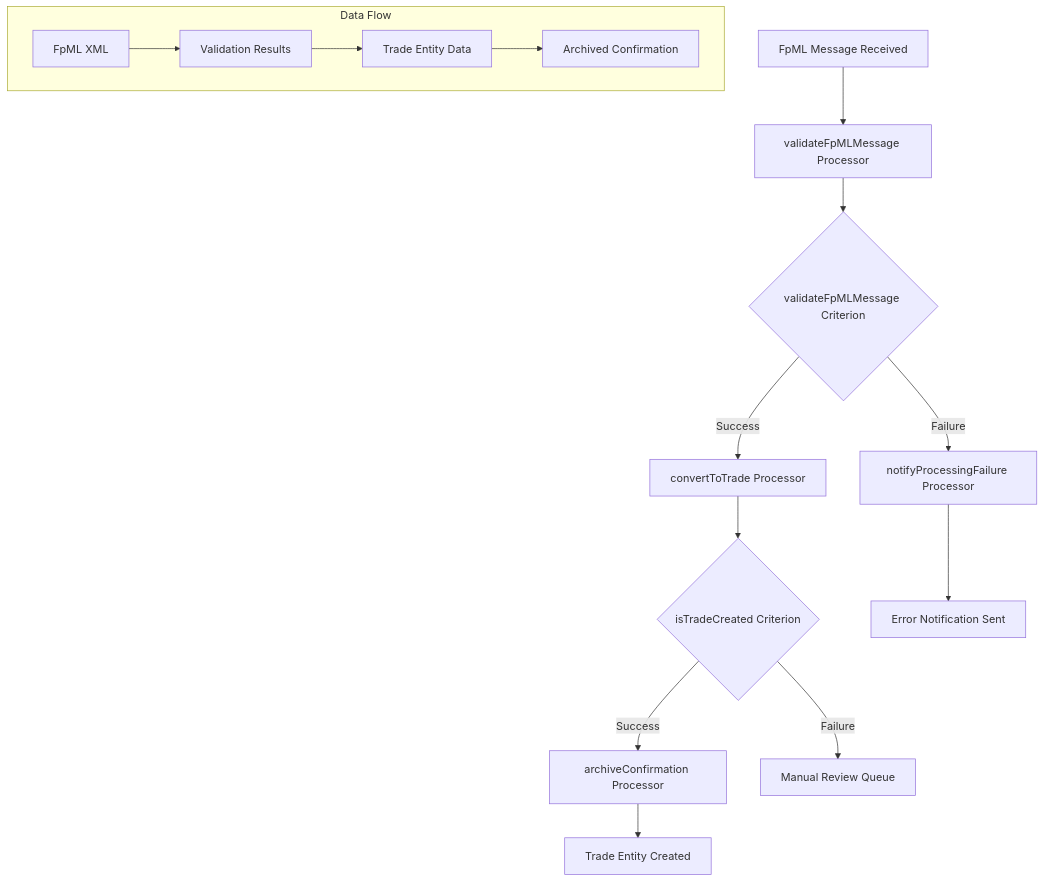
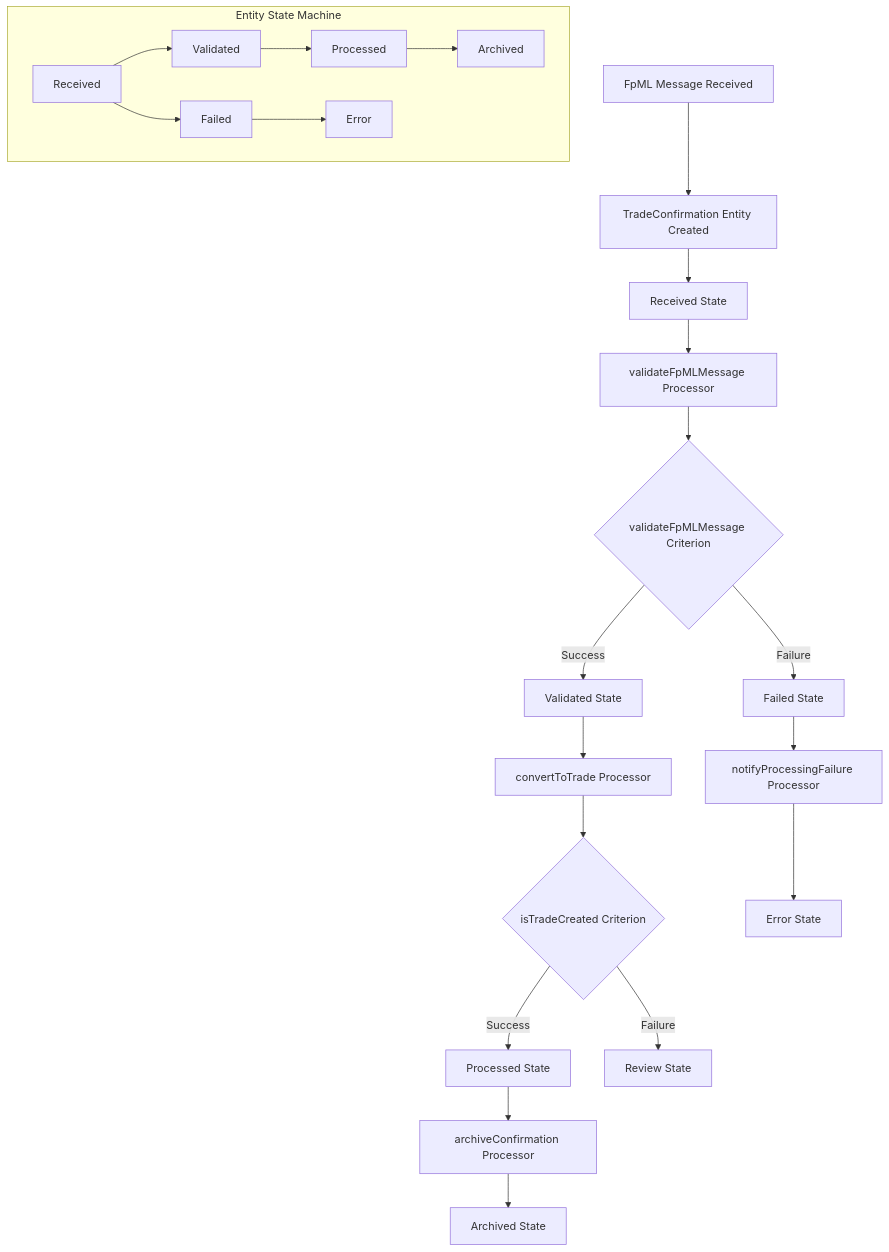
The first of 10 diagrams in .ai/tasks/dtcc-reporting/functional-specifications/component-interaction-diagrams.md (pschleger/dtcc-trade-reporting), drawn with Mermaid before and after one commit. The commit also changed other lines of this file and 16 other files, not shown here.

````diff
--- a/.ai/tasks/dtcc-reporting/functional-specifications/component-interaction-diagrams.md
+++ b/.ai/tasks/dtcc-reporting/functional-specifications/component-interaction-diagrams.md
@@ -9,18 +9,25 @@
 ```mermaid
 graph TD
-    A[FpML Message Received] --> B[validateFpMLMessage Processor]
-    B --> C{validateFpMLMessage Criterion}
-    C -->|Success| D[convertToTrade Processor]
-    C -->|Failure| E[notifyProcessingFailure Processor]
-    D --> F{isTradeCreated Criterion}
-    F -->|Success| G[archiveConfirmation Processor]
-    F -->|Failure| H[Manual Review Queue]
-    G --> I[Trade Entity Created]
-    E --> J[Error Notification Sent]
-    
-    subgraph "Data Flow"
-        K[FpML XML] --> L[Validation Results]
-        L --> M[Trade Entity Data]
-        M --> N[Archived Confirmation]
+    A[FpML Message Received] --> B[TradeConfirmation Entity Created]
+    B --> C[Received State]
+    C --> D[validateFpMLMessage Processor]
+    D --> E{validateFpMLMessage Criterion}
+    E -->|Success| F[Validated State]
+    E -->|Failure| G[Failed State]
+    F --> H[convertToTrade Processor]
+    H --> I{isTradeCreated Criterion}
+    I -->|Success| J[Processed State]
+    I -->|Failure| K[Review State]
+    J --> L[archiveConfirmation Processor]
+    L --> M[Archived State]
+    G --> N[notifyProcessingFailure Processor]
+    N --> O[Error State]
+
+    subgraph "Entity State Machine"
+        P[Received] --> Q[Validated]
+        Q --> R[Processed]
+        R --> S[Archived]
+        P --> T[Failed]
+        T --> U[Error]
     end
 ```
````
